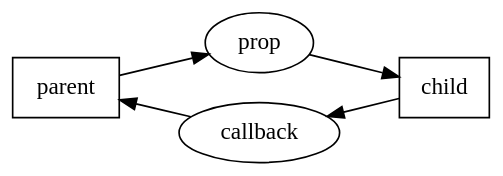
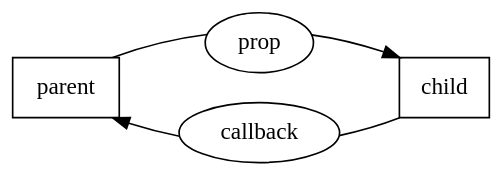
The diagram in img/reactcommunication.dot (krawaller/comparison), drawn with Graphviz before and after one commit. The commit also changed 8 other files, not shown here.

```diff
--- a/img/reactcommunication.dot
+++ b/img/reactcommunication.dot
@@ -1,8 +1,14 @@
 digraph {
   rankdir = LR
   bgcolor = transparent
-  parent -> prop -> child
-  child -> callback -> parent
+  parent -> prop -> child [color=transparent]
+  parent -> prop -> child [color=transparent]
+  parent -> prop [dir=none]
+  prop -> child
+  child -> callback [dir=none]
+  callback -> parent
+  child -> callback -> parent [color=transparent]
+  child -> callback -> parent [color=transparent]
   {rank=same;prop,callback}
   parent,child [shape=box]
 }
```
